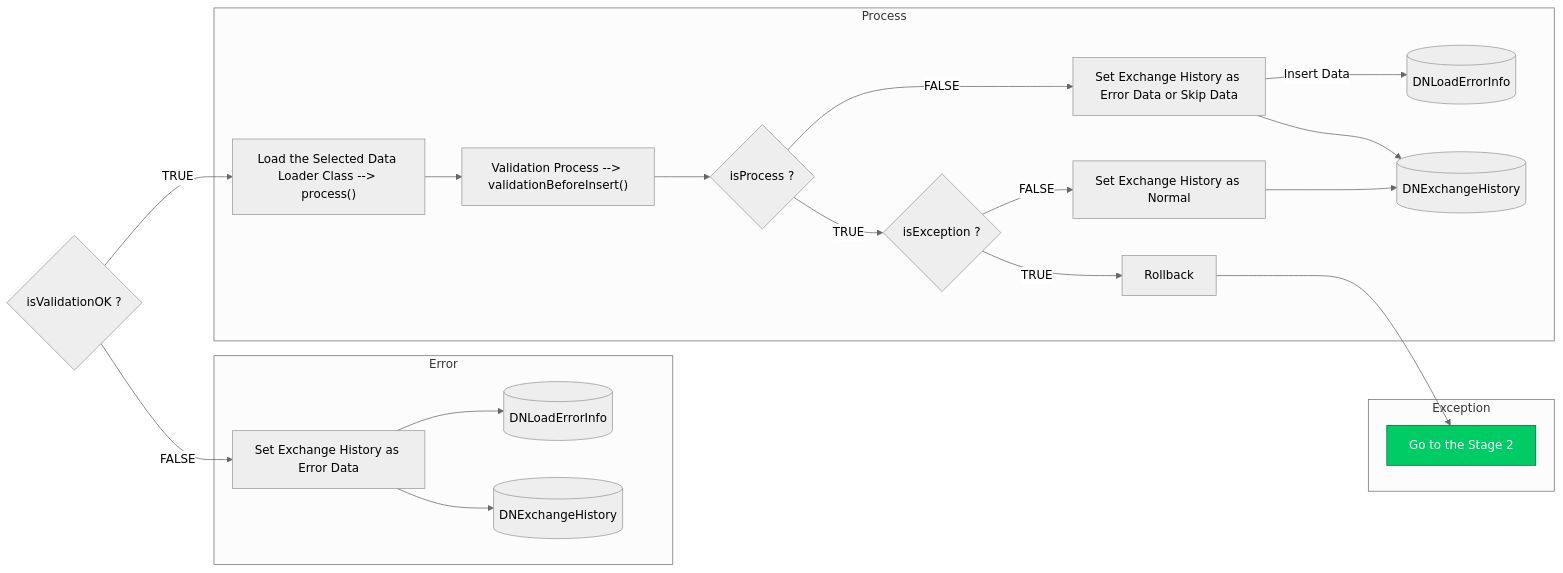
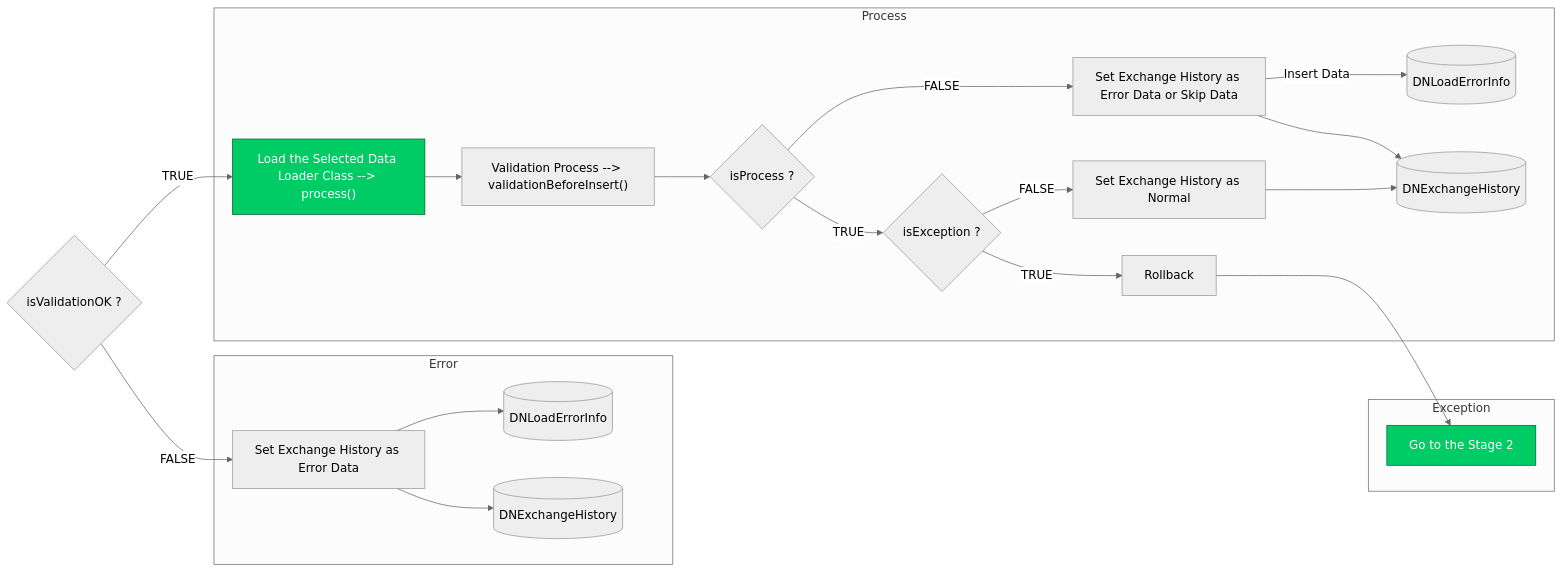
Before and after one commit to luthfiadityaa/SimeDarby-Wiki: the ninth of 9 diagrams in Basic-Design/Host-Interfaces.md, drawn with Mermaid (neutral theme).

Commit message:
Updated Host Interfaces

```diff
--- a/Basic-Design/Host-Interfaces.md
+++ b/Basic-Design/Host-Interfaces.md
@@ -712,40 +712,42 @@
 ::: mermaid
 flowchart LR
 Cond1{"isValidationOK ?"}
 Cond1 --> |TRUE| B2
 Cond1 --> |FALSE| C2
 
 subgraph Error
  C2 --> C3 
  C2 --> C4
  C4[(DNExchangeHistory)]
  C3[(DNLoadErrorInfo)]
  C2["Set Exchange History as Error Data"] 
 end
 
 subgraph Process
  B2 --> B3 --> Cond2
  Cond2{"isProcess ?"}
  Cond3{"isException ?"}
  B2["Load the Selected Data Loader Class --> process()"]
  B3["Validation Process --> validationBeforeInsert()"]
  B4["Set Exchange History as Error Data or Skip Data"]
  B5["Set Exchange History as Normal"]
  B6[(DNLoadErrorInfo)]
  B7[(DNExchangeHistory)]
  Cond2 --> |FALSE| B4 --> |Insert Data| B6
  B4 --> B7
  Cond2 --> |TRUE| Cond3
  Cond3 --> |FALSE| B5 --> B7
  Cond3 --> |TRUE| D2
 end 
 
 subgraph Exception
  D2 --> D3 
  D2["Rollback"]
  D3["Go to the Stage 2"] 
 end
 
-click D3 "https://dev.azure.com/Daifuku-SW/ID_SimeDarbyPlantation/_wiki/wikis/ID_SimeDarbyPlantation.wiki/833/Host-Interfaces?anchor=stage-3"
+click B2 "https://dev.azure.com/Daifuku-SW/ID_SimeDarbyPlantation/_wiki/wikis/ID_SimeDarbyPlantation.wiki/833/Host-Interfaces?anchor=stage-3"
+style B2 fill:#00cc66,stroke:#006633,color:#ffffff
+click D3 "https://dev.azure.com/Daifuku-SW/ID_SimeDarbyPlantation/_wiki/wikis/ID_SimeDarbyPlantation.wiki/833/Host-Interfaces?anchor=stage-2"
 style D3 fill:#00cc66,stroke:#006633,color:#ffffff
 :::
```
